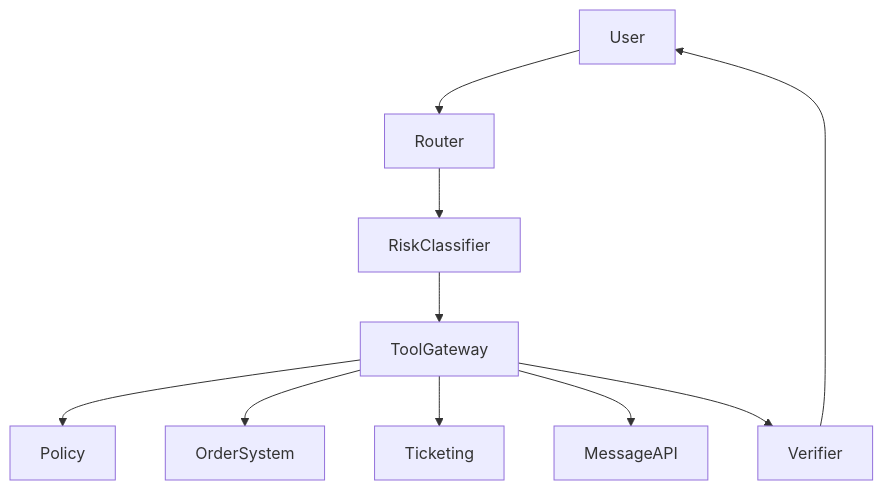
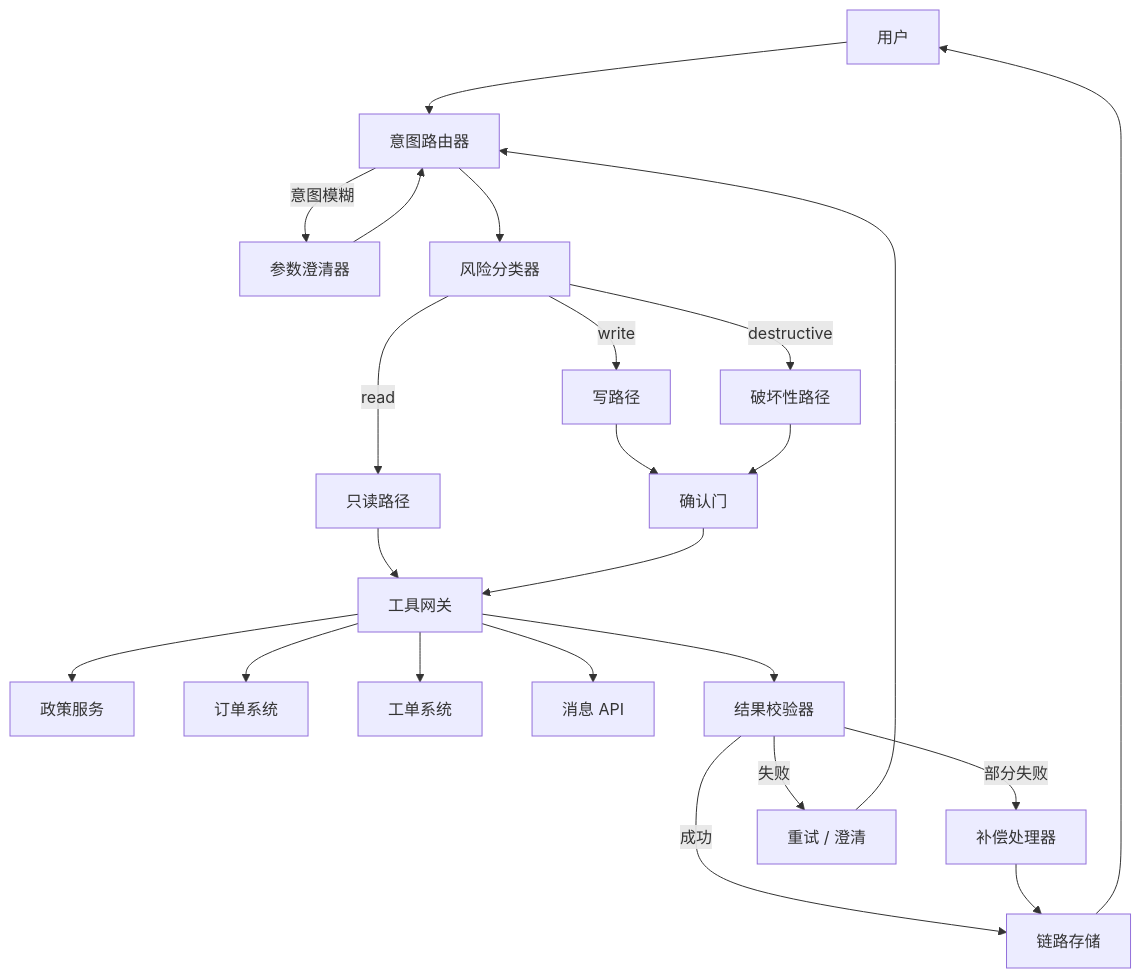
One commit to muchengit/agent-top changed the diagram in docs/zh/cases/企业多工具Agent案例.md. Above: the diagram before and after it, drawn with Mermaid. The commit also changed other lines of this file and 24 other files, not shown here.

````diff
--- a/docs/zh/cases/企业多工具Agent案例.md
+++ b/docs/zh/cases/企业多工具Agent案例.md
@@ -16,12 +25,25 @@
 ```mermaid
 flowchart TD
-  User --> Router
-  Router --> RiskClassifier
-  RiskClassifier --> ToolGateway
-  ToolGateway --> Policy
-  ToolGateway --> OrderSystem
-  ToolGateway --> Ticketing
-  ToolGateway --> MessageAPI
-  ToolGateway --> Verifier
-  Verifier --> User
+  User[用户] --> Router[意图路由器]
+  Router -->|意图模糊| Clarifier[参数澄清器]
+  Clarifier --> Router
+  Router --> RiskClassifier[风险分类器]
+  RiskClassifier -->|read| ReadPath[只读路径]
+  ReadPath --> ToolGateway[工具网关]
+  RiskClassifier -->|write| WritePath[写路径]
+  WritePath --> Approver[确认门]
+  Approver --> ToolGateway
+  RiskClassifier -->|destructive| DestructivePath[破坏性路径]
+  DestructivePath --> Approver
+  ToolGateway --> Policy[政策服务]
+  ToolGateway --> OrderSystem[订单系统]
+  ToolGateway --> Ticketing[工单系统]
+  ToolGateway --> MessageAPI[消息 API]
+  ToolGateway --> Verifier[结果校验器]
+  Verifier -->|成功| Trace[链路存储]
+  Verifier -->|部分失败| Compensator[补偿处理器]
+  Verifier -->|失败| Retry[重试 / 澄清]
+  Trace --> User
+  Compensator --> Trace
+  Retry --> Router
 ```
````
